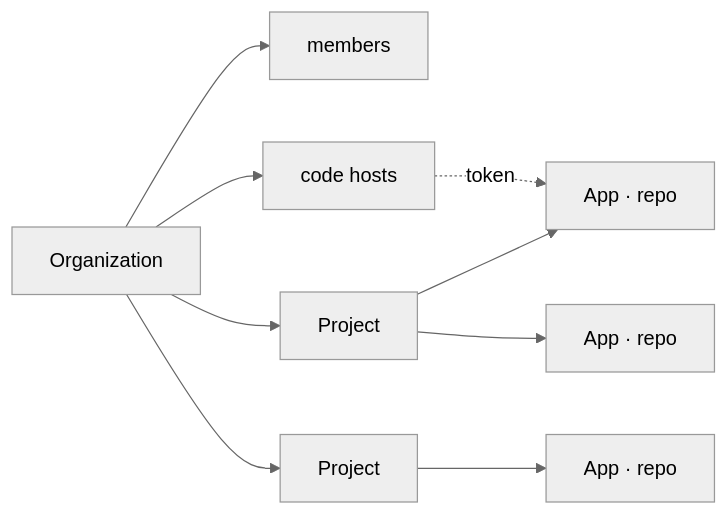
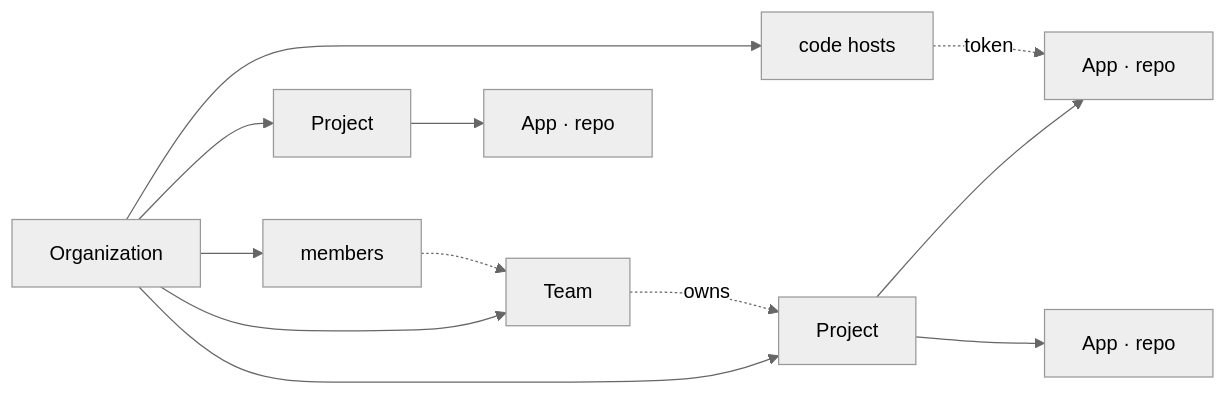
Before and after one commit to actionplatform/action-platform: the first of 2 diagrams in docs/web-app.md, drawn with Mermaid (neutral theme). The commit also changed other lines of this file, not shown here.

````diff
--- a/docs/web-app.md
+++ b/docs/web-app.md
@@ -7,11 +7,14 @@
 ```mermaid
 flowchart LR
     O[Organization] --> M[members]
+    O --> T[Team]
     O --> H[code hosts]
     O --> P1[Project]
     O --> P2[Project]
+    M -.-> T
+    T -.->|owns| P1
     P1 --> A1[App · repo]
     P1 --> A2[App · repo]
     P2 --> A3[App · repo]
     H -.->|token| A1
 ```
````
